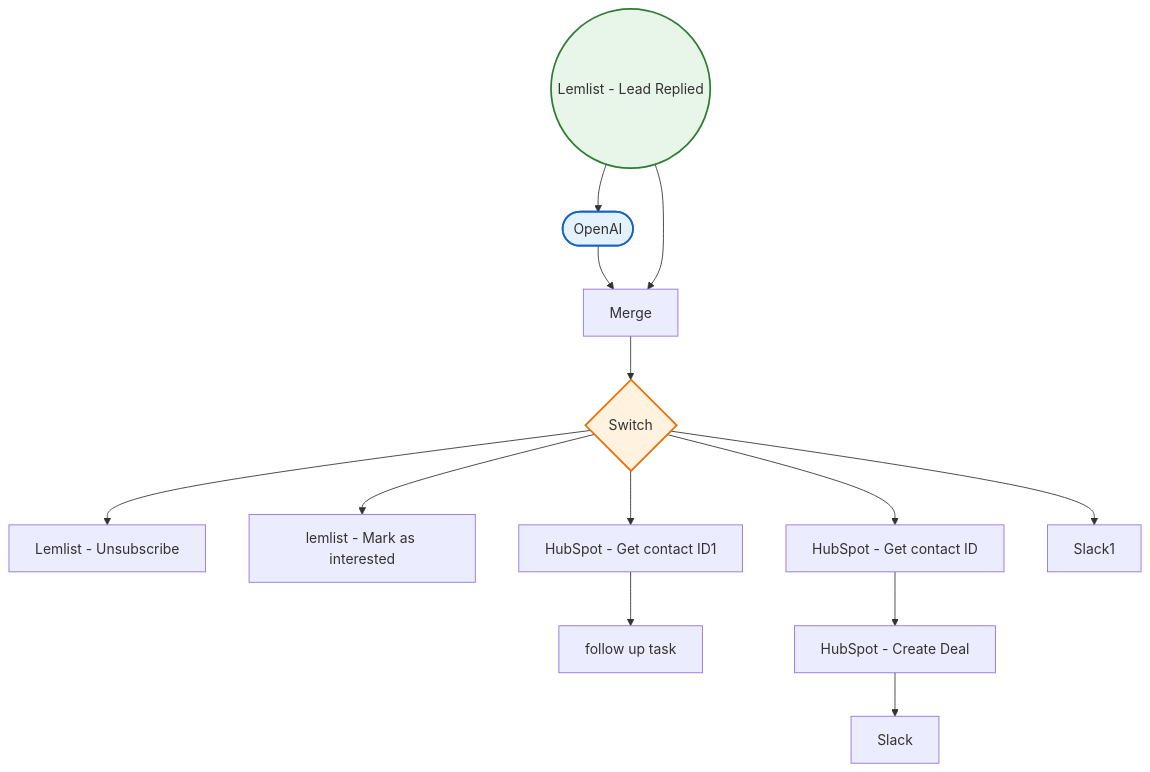
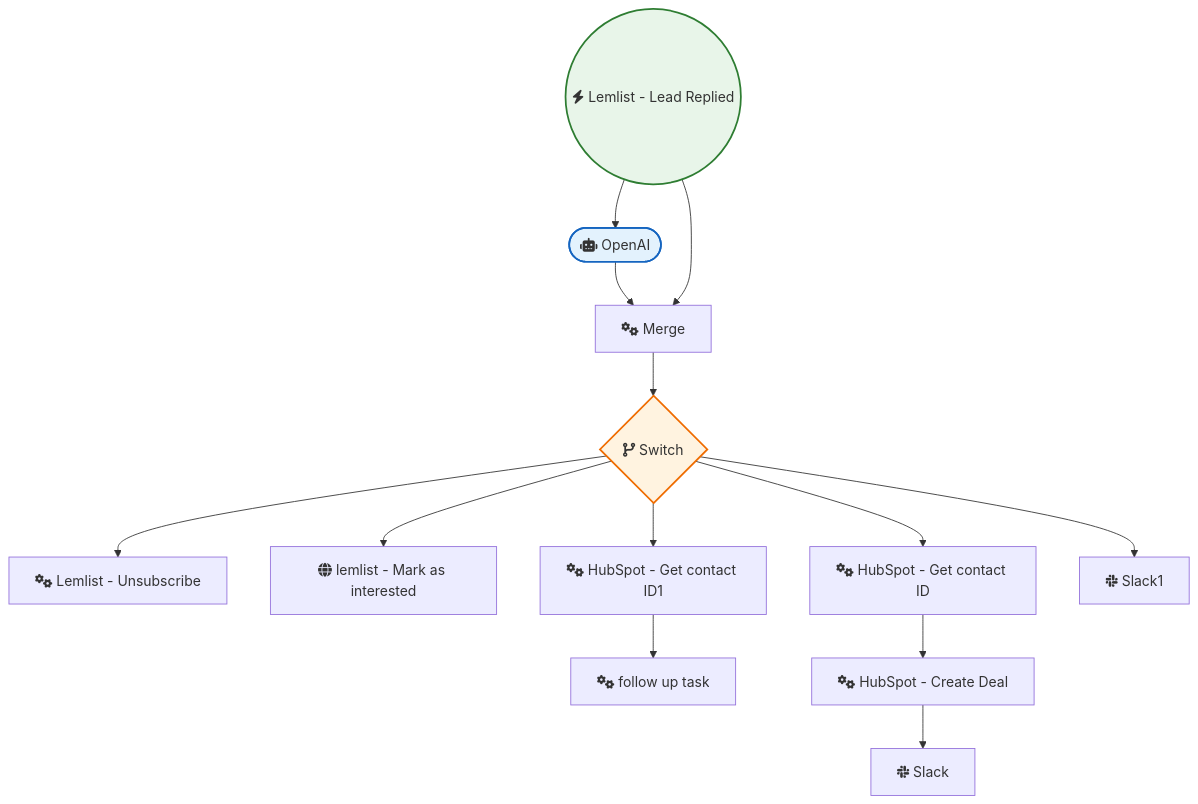
The diagram in OpenAI_and_LLMs/lemlist __ GPT-3_ Supercharge your sales workflows.md (sreyash3105/N8N-DEMO-AUTOMATIONS), drawn with Mermaid before and after one commit. The commit also changed 291 other files, not shown here.

````diff
--- a/OpenAI_and_LLMs/lemlist __ GPT-3_ Supercharge your sales workflows.md
+++ b/OpenAI_and_LLMs/lemlist __ GPT-3_ Supercharge your sales workflows.md
@@ -1,32 +1,32 @@
 ```mermaid
 graph TD
     classDef trigger fill:#e8f5e9,stroke:#2e7d32,stroke-width:2px;
     classDef ai fill:#e3f2fd,stroke:#1565c0,stroke-width:2px;
     classDef logic fill:#fff3e0,stroke:#ef6c00,stroke-width:2px;
 
-    Lemlist___Unsubscribe["Lemlist - Unsubscribe"]
-    follow_up_task["follow up task"]
-    Switch{"Switch"}:::logic
-    Merge["Merge"]
-    lemlist___Mark_as_interested["lemlist - Mark as interested"]
-    HubSpot___Create_Deal["HubSpot - Create Deal"]
-    HubSpot___Get_contact_ID["HubSpot - Get contact ID"]
-    Slack["Slack"]
-    HubSpot___Get_contact_ID1["HubSpot - Get contact ID1"]
-    Slack1["Slack1"]
-    Lemlist___Lead_Replied(("Lemlist - Lead Replied")):::trigger
-    OpenAI(["OpenAI"]):::ai
+    Lemlist___Unsubscribe["fas:fa-cogs Lemlist - Unsubscribe"]
+    follow_up_task["fas:fa-cogs follow up task"]
+    Switch{"fas:fa-code-branch Switch"}:::logic
+    Merge["fas:fa-cogs Merge"]
+    lemlist___Mark_as_interested["fas:fa-globe lemlist - Mark as interested"]
+    HubSpot___Create_Deal["fas:fa-cogs HubSpot - Create Deal"]
+    HubSpot___Get_contact_ID["fas:fa-cogs HubSpot - Get contact ID"]
+    Slack["fab:fa-slack Slack"]
+    HubSpot___Get_contact_ID1["fas:fa-cogs HubSpot - Get contact ID1"]
+    Slack1["fab:fa-slack Slack1"]
+    Lemlist___Lead_Replied(("fas:fa-bolt Lemlist - Lead Replied")):::trigger
+    OpenAI(["fas:fa-robot OpenAI"]):::ai
 
     Merge --> Switch
     OpenAI --> Merge
     Switch --> Lemlist___Unsubscribe
     Switch --> lemlist___Mark_as_interested
     Switch --> HubSpot___Get_contact_ID
     Switch --> HubSpot___Get_contact_ID1
     Switch --> Slack1
     HubSpot___Create_Deal --> Slack
     Lemlist___Lead_Replied --> OpenAI
     Lemlist___Lead_Replied --> Merge
     HubSpot___Get_contact_ID --> HubSpot___Create_Deal
     HubSpot___Get_contact_ID1 --> follow_up_task
 ```
````
